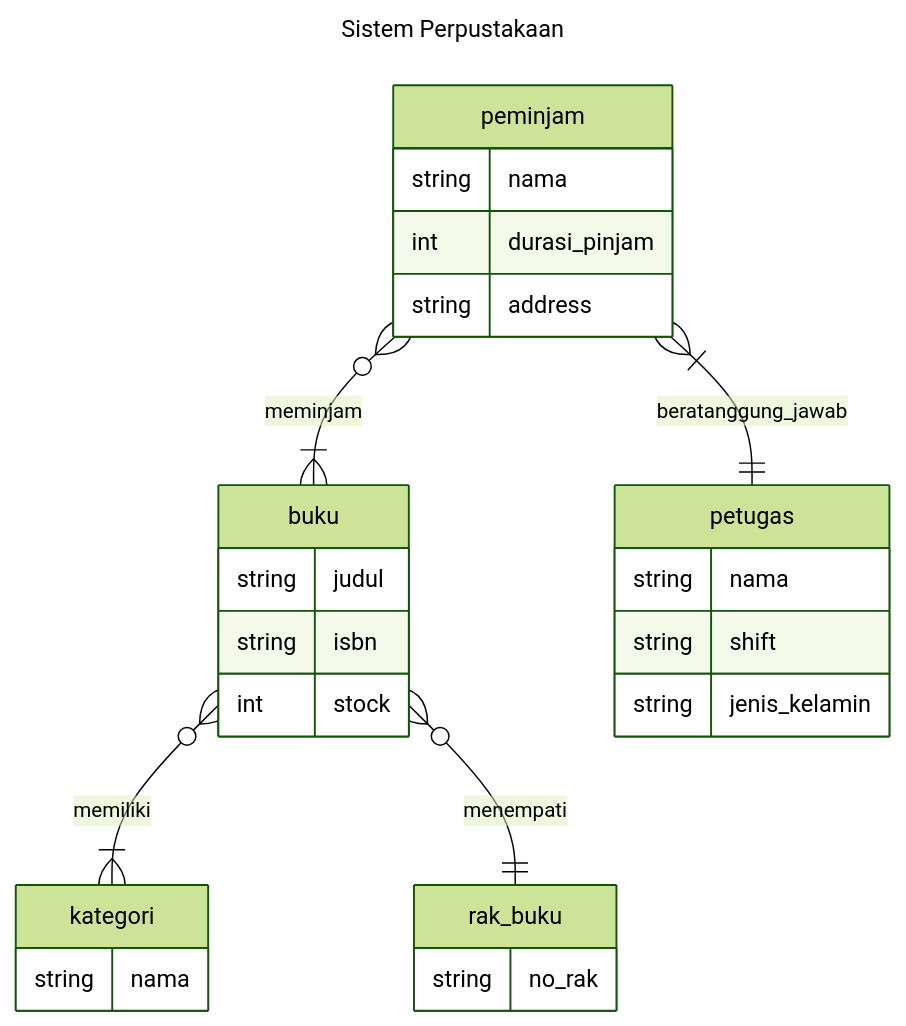
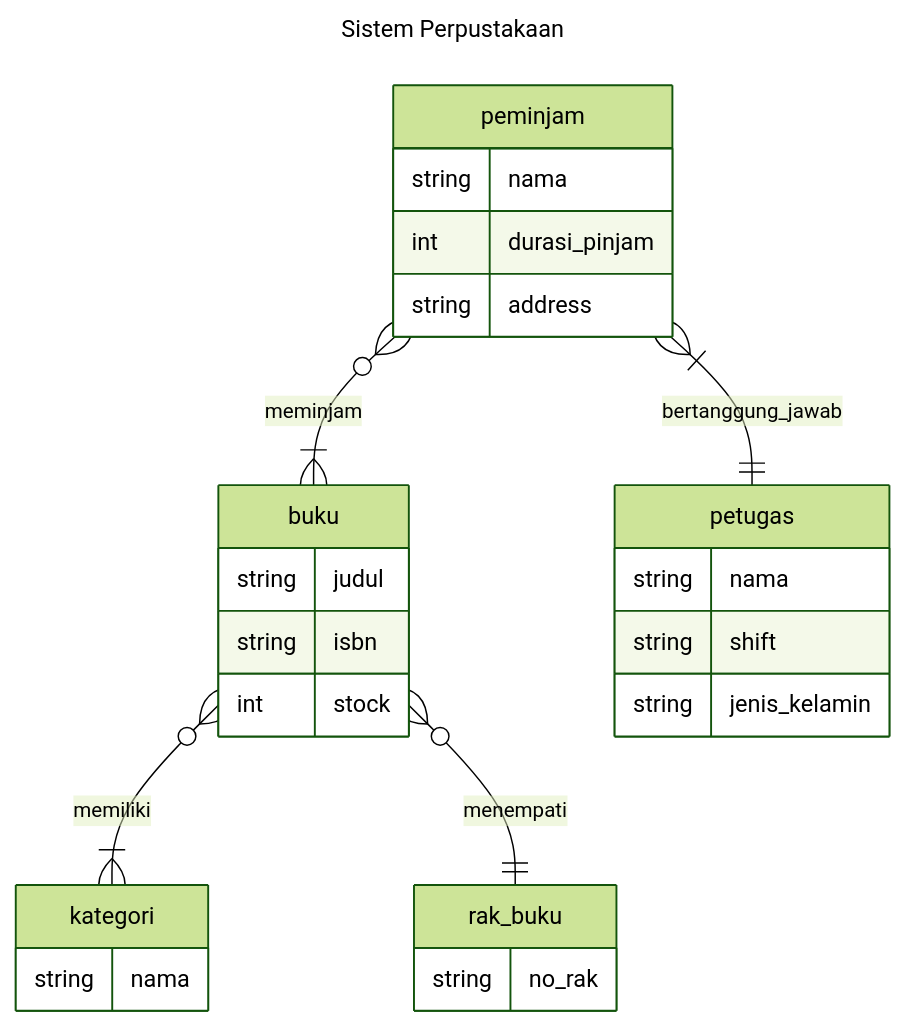
One commit to ItsnaMaulanaHasan/koda-b4-db1 changed the diagram in README.md. Above: the diagram before and after it, drawn with Mermaid (forest theme).

Commit message:
refactor: fix typo relation name

````diff
--- a/README.md
+++ b/README.md
@@ -3,36 +3,36 @@
 ```mermaid
 ---
     title: Sistem Perpustakaan
 ---
 erDiagram
     buku{
         string judul
         string isbn
         int stock
     }
 
     kategori{
         string nama
     }
 
     rak_buku{
         string no_rak
     }
 
     petugas{
         string nama
         string shift
         string jenis_kelamin
     }
 
     peminjam{
         string nama
         int durasi_pinjam
         string address
     }
 
     buku }o--|{ kategori : memiliki
     buku }o--|| rak_buku : menempati
     peminjam }o--|{ buku : meminjam
-    peminjam }|--|| petugas : beratanggung_jawab
+    peminjam }|--|| petugas : bertanggung_jawab
 ```
````
